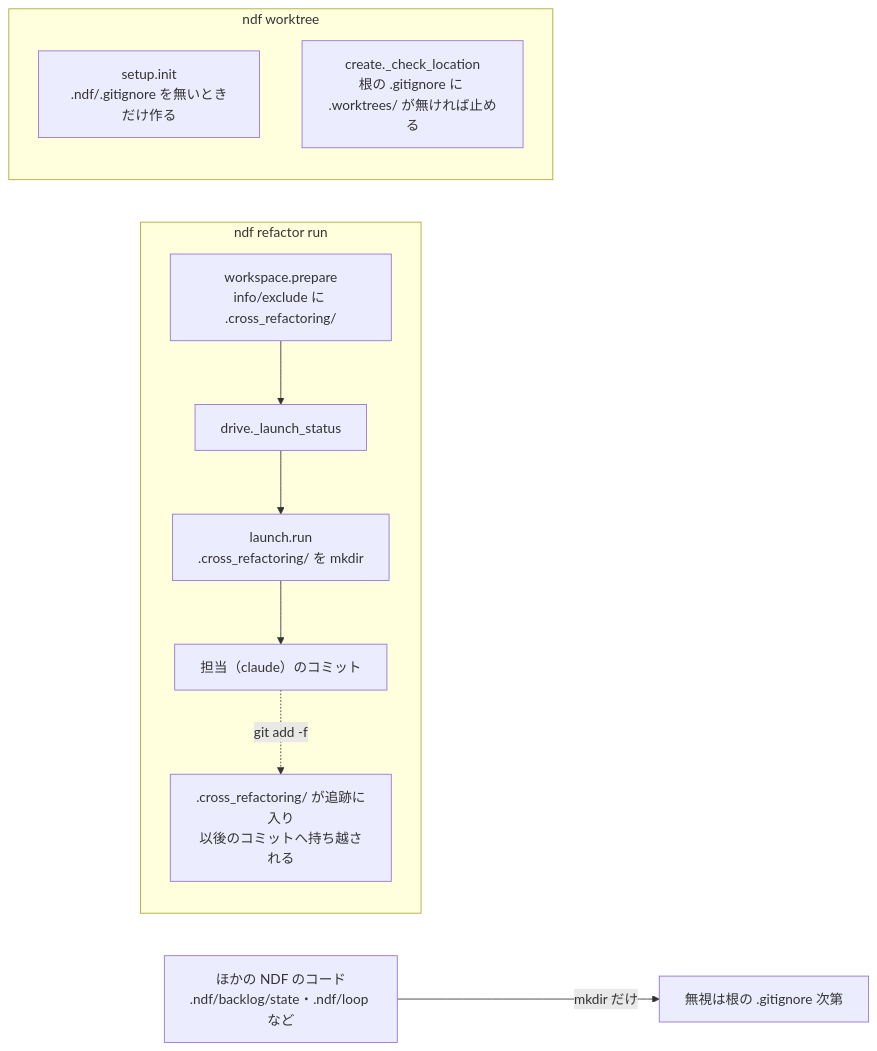
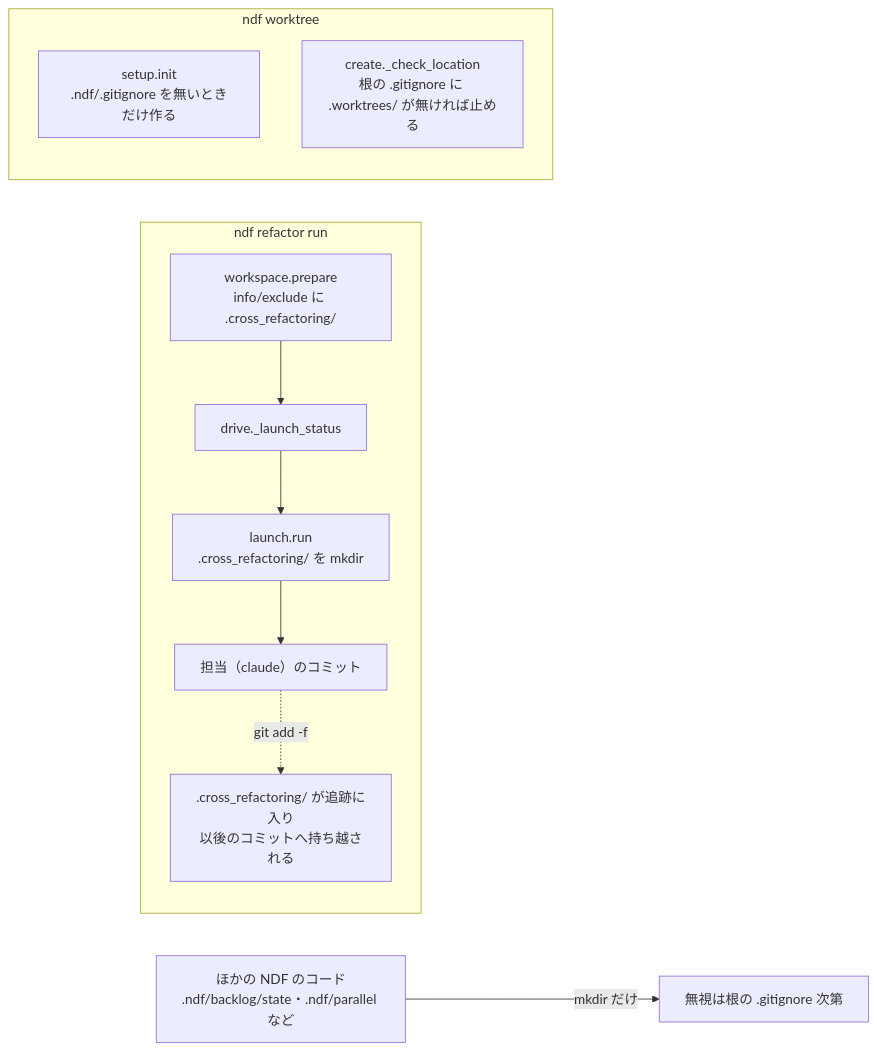
One commit to devbasex/ai-plugins changed the first of 2 diagrams in issues/issue-3500-design.md. Above: the diagram before and after it, drawn with Mermaid. The commit also changed other lines of this file and 1 other file, not shown here.

First line of the commit message:
Docs: #3500 の置き場の表に単位（worktree ごとかメインディレクトリに 1 つか）を足し、単位ごとの作る所と .gitignore の置き場を書き分ける

````diff
--- a/issues/issue-3500-design.md
+++ b/issues/issue-3500-design.md
@@ -9,14 +9,14 @@
 ```mermaid
 flowchart LR
   subgraph refactor["ndf refactor run"]
     P["workspace.prepare<br/>info/exclude に .cross_refactoring/"] --> D["drive._launch_status"]
     D --> L["launch.run<br/>.cross_refactoring/ を mkdir"]
     L --> F["担当（claude）のコミット"]
     F -.->|"git add -f"| X[".cross_refactoring/ が追跡に入り<br/>以後のコミットへ持ち越される"]
   end
   subgraph wt["ndf worktree"]
     I["setup.init<br/>.ndf/.gitignore を無いときだけ作る"]
     C["create._check_location<br/>根の .gitignore に .worktrees/ が無ければ止める"]
   end
-  O["ほかの NDF のコード<br/>.ndf/backlog/state・.ndf/loop など"] -->|"mkdir だけ"| N["無視は根の .gitignore 次第"]
+  O["ほかの NDF のコード<br/>.ndf/backlog/state・.ndf/parallel など"] -->|"mkdir だけ"| N["無視は根の .gitignore 次第"]
 ```
````
